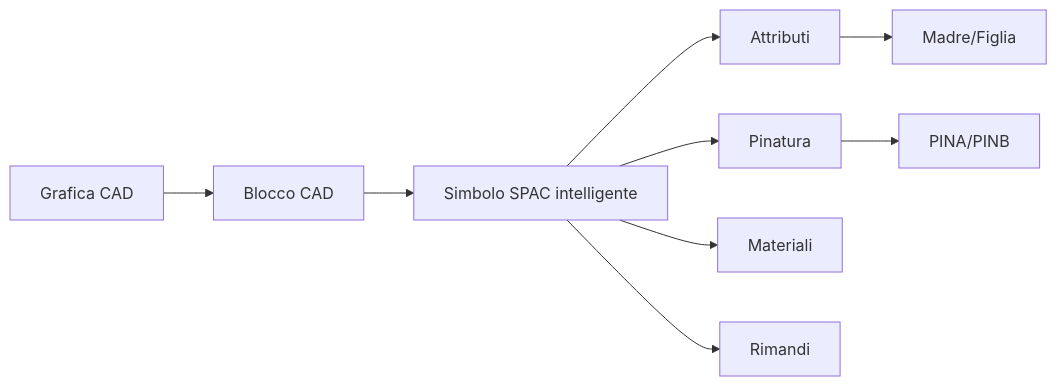
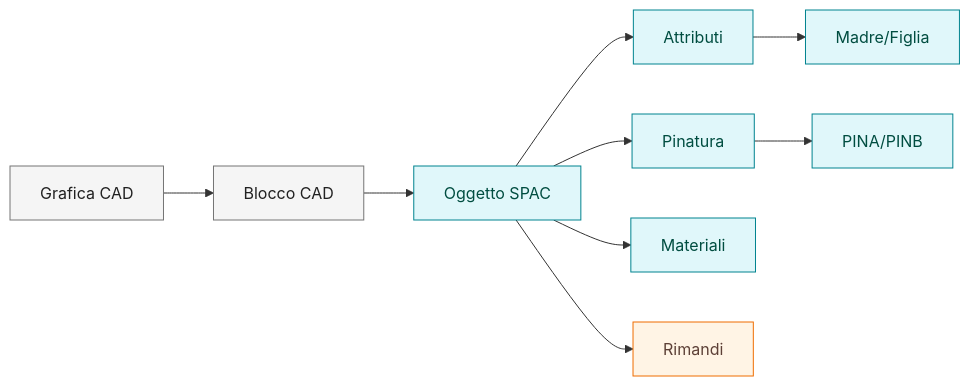
Before and after one commit to robertochello/spac-start-knowledge-base: the first of 2 diagrams in docs/concepts.md, drawn with Mermaid. The commit also changed other lines of this file and 27 other files, not shown here.

Commit message:
docs: standardize diagrams and visual cues

````diff
--- a/docs/concepts.md
+++ b/docs/concepts.md
@@ -14,11 +14,15 @@
 ```mermaid
 flowchart LR
-    A[Grafica CAD] --> B[Blocco CAD]
-    B --> C[Simbolo SPAC intelligente]
-    C --> D[Attributi]
-    C --> E[Pinatura]
-    C --> F[Materiali]
-    C --> G[Rimandi]
-    D --> H[Madre/Figlia]
-    E --> I[PINA/PINB]
+    A[Grafica CAD]:::process --> B[Blocco CAD]:::process
+    B --> C[Oggetto SPAC]:::data
+    C --> D[Attributi]:::data
+    C --> E[Pinatura]:::data
+    C --> F[Materiali]:::data
+    C --> G[Rimandi]:::warn
+    D --> H[Madre/Figlia]:::data
+    E --> I[PINA/PINB]:::data
+
+    classDef warn fill:#fff4e5,stroke:#ef6c00,color:#5d4037;
+    classDef data fill:#e0f7fa,stroke:#00838f,color:#004d40;
+    classDef process fill:#f5f5f5,stroke:#757575,color:#212121;
 ```
````
